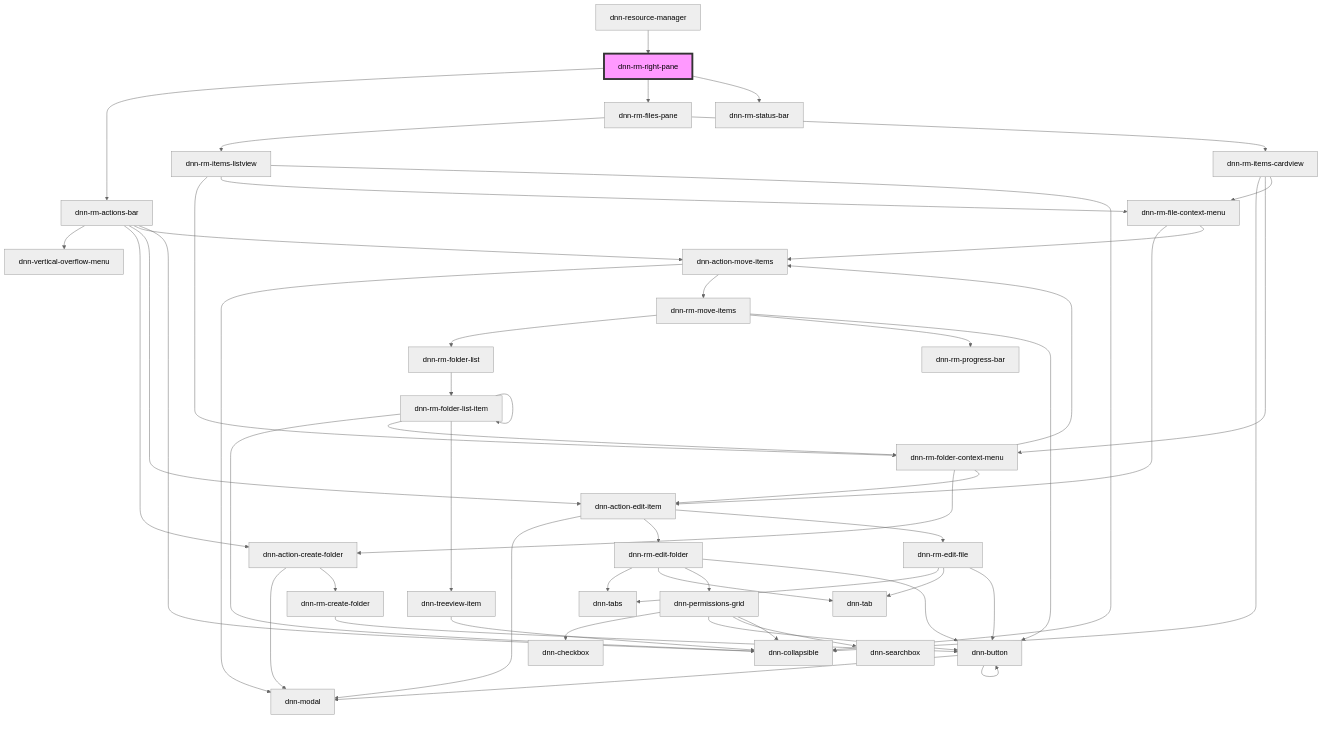
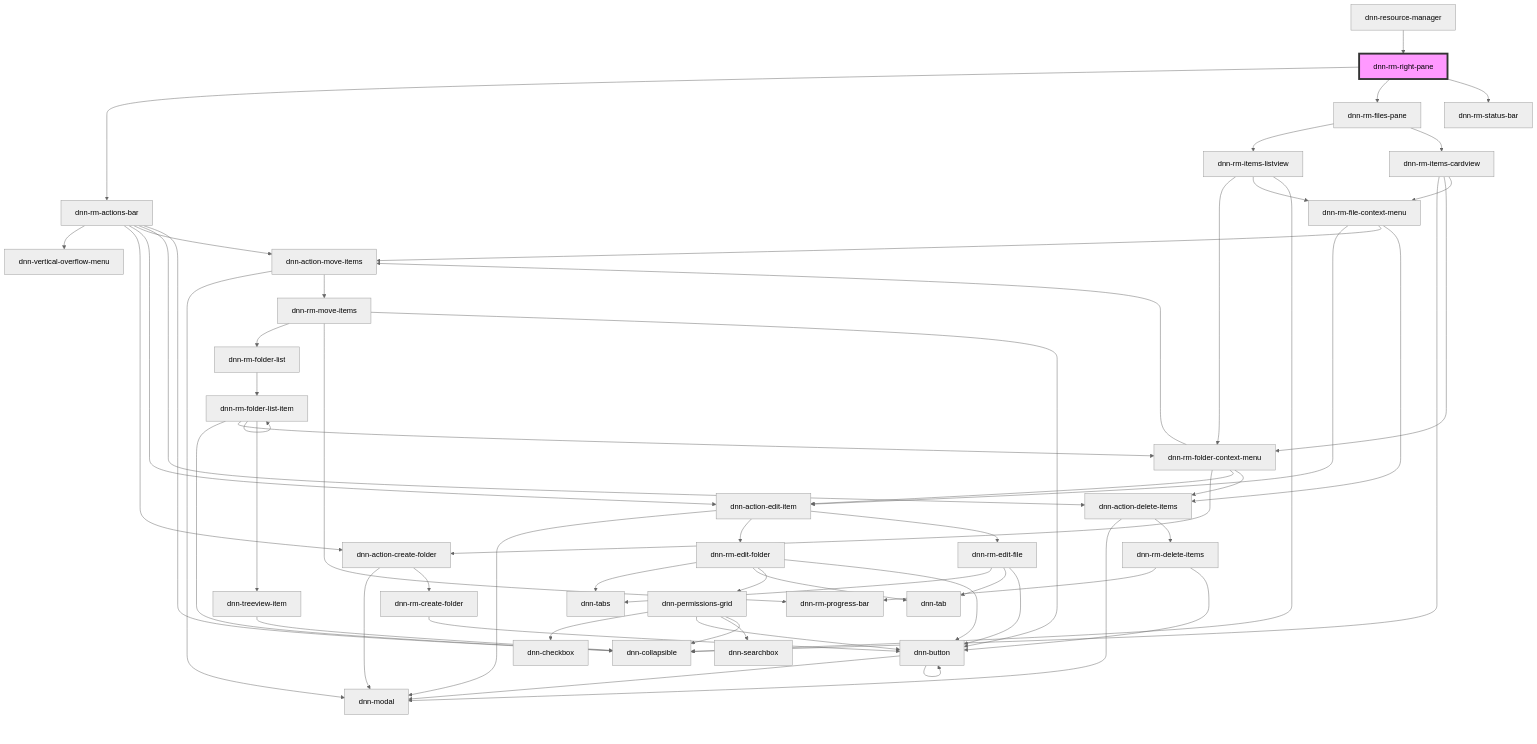
Before and after one commit to dnnsoftware/Dnn.Platform: the diagram in DNN Platform/Modules/ResourceManager/ResourceManager.Web/src/components/dnn-rm-right-pane/readme.md, drawn with Mermaid (neutral theme). The commit also changed 23 other files, not shown here.

````diff
--- a/DNN Platform/Modules/ResourceManager/ResourceManager.Web/src/components/dnn-rm-right-pane/readme.md
+++ b/DNN Platform/Modules/ResourceManager/ResourceManager.Web/src/components/dnn-rm-right-pane/readme.md
@@ -21,56 +21,63 @@
 ```mermaid
 graph TD;
   dnn-rm-right-pane --> dnn-rm-actions-bar
   dnn-rm-right-pane --> dnn-rm-files-pane
   dnn-rm-right-pane --> dnn-rm-status-bar
   dnn-rm-actions-bar --> dnn-vertical-overflow-menu
   dnn-rm-actions-bar --> dnn-action-create-folder
   dnn-rm-actions-bar --> dnn-action-edit-item
   dnn-rm-actions-bar --> dnn-action-move-items
+  dnn-rm-actions-bar --> dnn-action-delete-items
   dnn-rm-actions-bar --> dnn-collapsible
   dnn-action-create-folder --> dnn-modal
   dnn-action-create-folder --> dnn-rm-create-folder
   dnn-rm-create-folder --> dnn-button
   dnn-button --> dnn-modal
   dnn-button --> dnn-button
   dnn-action-edit-item --> dnn-modal
   dnn-action-edit-item --> dnn-rm-edit-folder
   dnn-action-edit-item --> dnn-rm-edit-file
   dnn-rm-edit-folder --> dnn-tabs
   dnn-rm-edit-folder --> dnn-tab
   dnn-rm-edit-folder --> dnn-permissions-grid
   dnn-rm-edit-folder --> dnn-button
   dnn-permissions-grid --> dnn-checkbox
   dnn-permissions-grid --> dnn-button
   dnn-permissions-grid --> dnn-searchbox
   dnn-permissions-grid --> dnn-collapsible
   dnn-rm-edit-file --> dnn-tabs
   dnn-rm-edit-file --> dnn-tab
   dnn-rm-edit-file --> dnn-button
   dnn-action-move-items --> dnn-modal
   dnn-action-move-items --> dnn-rm-move-items
   dnn-rm-move-items --> dnn-rm-folder-list
   dnn-rm-move-items --> dnn-rm-progress-bar
   dnn-rm-move-items --> dnn-button
   dnn-rm-folder-list --> dnn-rm-folder-list-item
   dnn-rm-folder-list-item --> dnn-collapsible
   dnn-rm-folder-list-item --> dnn-rm-folder-context-menu
   dnn-rm-folder-list-item --> dnn-treeview-item
   dnn-rm-folder-list-item --> dnn-rm-folder-list-item
   dnn-rm-folder-context-menu --> dnn-action-create-folder
   dnn-rm-folder-context-menu --> dnn-action-edit-item
   dnn-rm-folder-context-menu --> dnn-action-move-items
+  dnn-rm-folder-context-menu --> dnn-action-delete-items
+  dnn-action-delete-items --> dnn-modal
+  dnn-action-delete-items --> dnn-rm-delete-items
+  dnn-rm-delete-items --> dnn-rm-progress-bar
+  dnn-rm-delete-items --> dnn-button
   dnn-treeview-item --> dnn-collapsible
   dnn-rm-files-pane --> dnn-rm-items-listview
   dnn-rm-files-pane --> dnn-rm-items-cardview
   dnn-rm-items-listview --> dnn-rm-folder-context-menu
   dnn-rm-items-listview --> dnn-rm-file-context-menu
   dnn-rm-items-listview --> dnn-collapsible
   dnn-rm-file-context-menu --> dnn-action-edit-item
   dnn-rm-file-context-menu --> dnn-action-move-items
+  dnn-rm-file-context-menu --> dnn-action-delete-items
   dnn-rm-items-cardview --> dnn-collapsible
   dnn-rm-items-cardview --> dnn-rm-folder-context-menu
   dnn-rm-items-cardview --> dnn-rm-file-context-menu
   dnn-resource-manager --> dnn-rm-right-pane
   style dnn-rm-right-pane fill:#f9f,stroke:#333,stroke-width:4px
 ```
````
